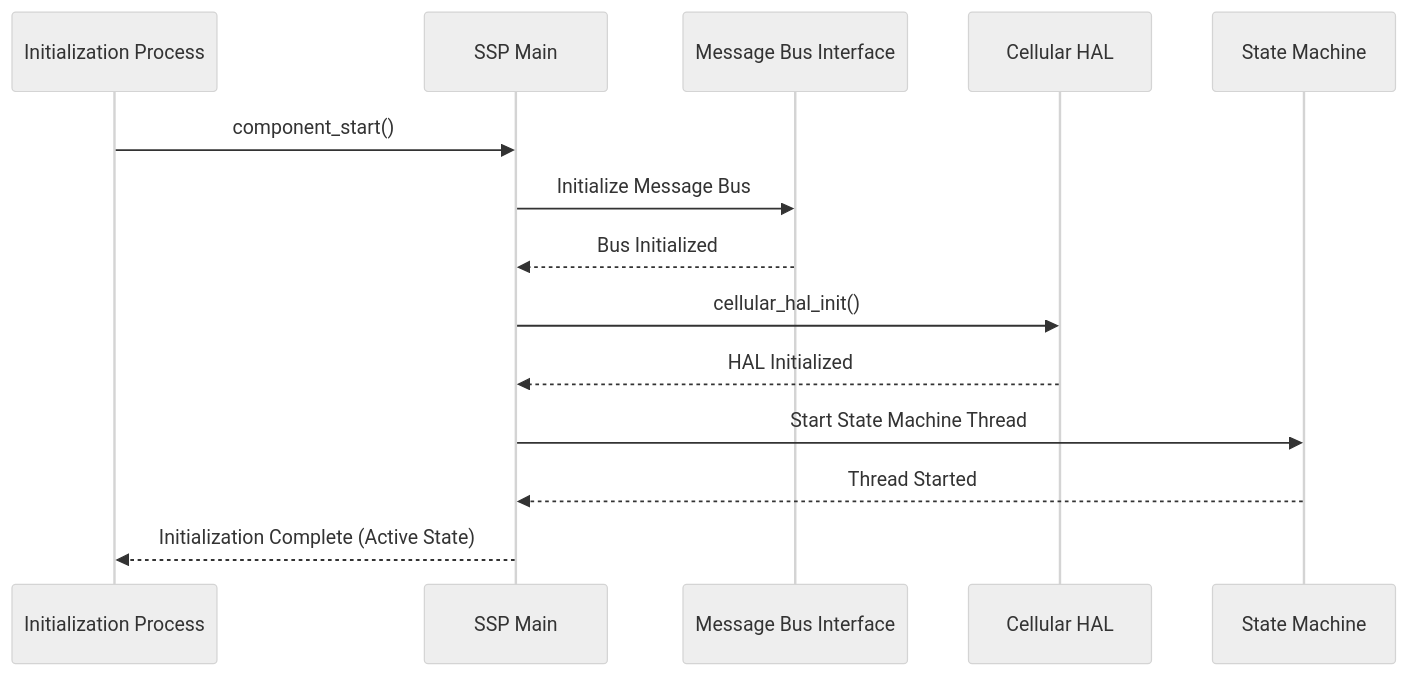
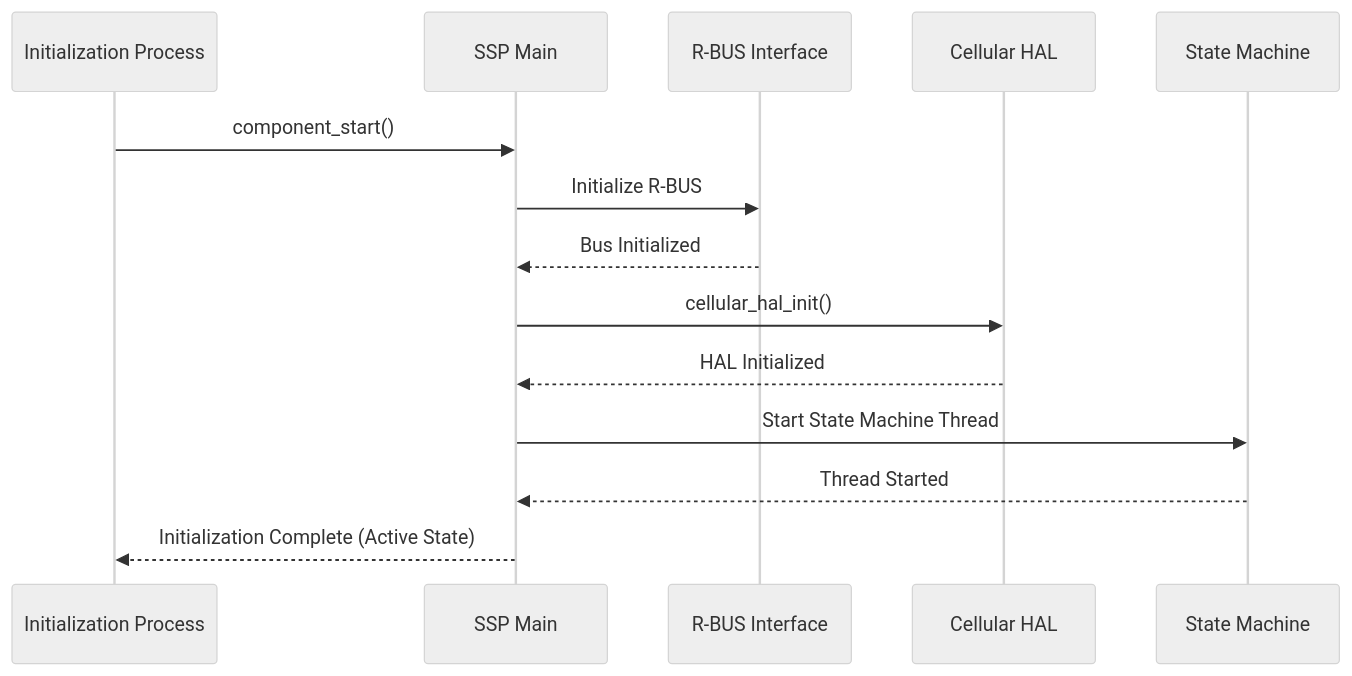
Before and after one commit to rdkcentral/cellular-modem-manager: the sixth of 9 diagrams in README.md, drawn with Mermaid (neutral theme). The commit also changed other lines of this file, not shown here.

````diff
--- a/README.md
+++ b/README.md
@@ -393,17 +391,17 @@
 ```mermaid
 sequenceDiagram
     participant Init as Initialization Process
     participant SSP as SSP Main
-    participant MsgBus as Message Bus Interface
+    participant MsgBus as R-BUS Interface
     participant HAL as Cellular HAL
     participant SM as State Machine
 
     Init->>SSP: component_start()
-    SSP->>MsgBus: Initialize Message Bus
+    SSP->>MsgBus: Initialize R-BUS
     MsgBus-->>SSP: Bus Initialized
     SSP->>HAL: cellular_hal_init()
     HAL-->>SSP: HAL Initialized
     SSP->>SM: Start State Machine Thread
     SM-->>SSP: Thread Started
     SSP-->>Init: Initialization Complete (Active State)
 ```
````
